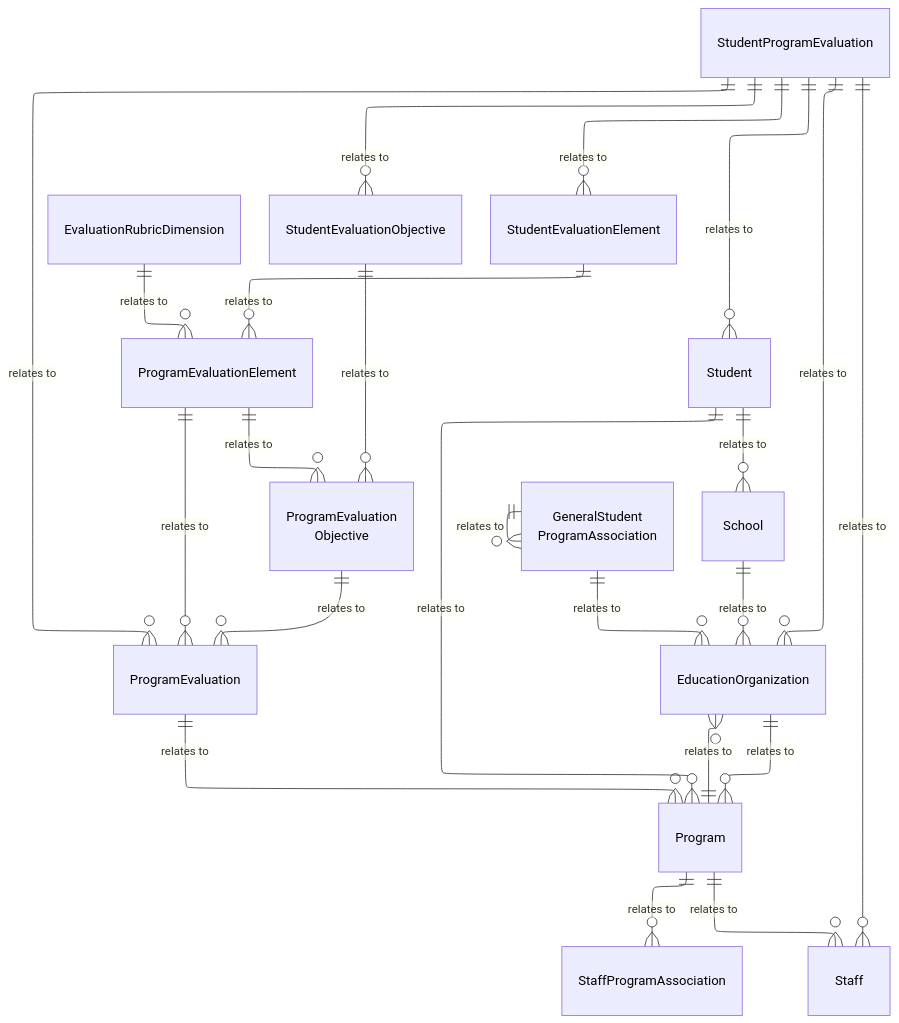
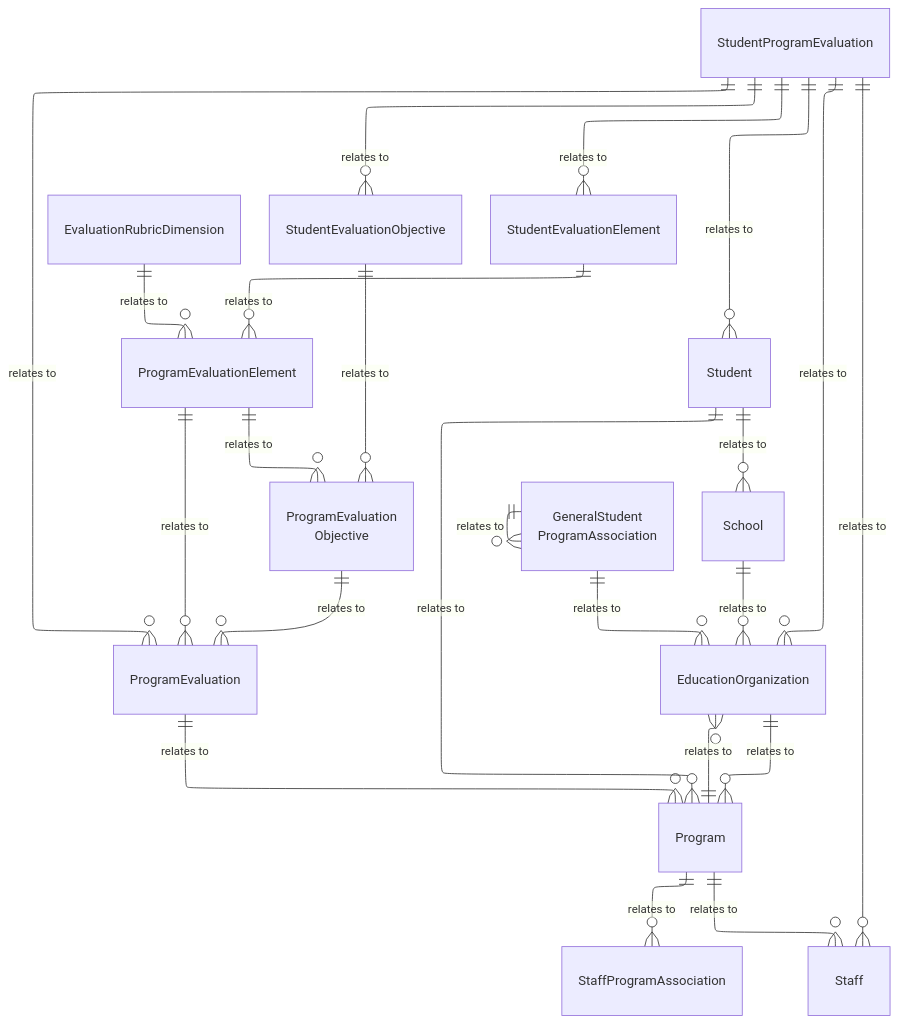
The diagram in dataStandard_versioned_docs/version-6/model-reference/student-program-evaluation-domain/model-diagrams.md (Ed-Fi-Alliance-OSS/ed-fi-alliance-oss.github.io), drawn with Mermaid before and after one commit. The commit also changed 24 other files, not shown here.

````diff
--- a/dataStandard_versioned_docs/version-6/model-reference/student-program-evaluation-domain/model-diagrams.md
+++ b/dataStandard_versioned_docs/version-6/model-reference/student-program-evaluation-domain/model-diagrams.md
@@ -16,71 +16,57 @@
 ```mermaid
 ---
 config:
   layout: elk
 ---
 erDiagram
     ProgramEvaluation {
     }
     ProgramEvaluationObjective["ProgramEvaluation<br/>Objective"] {
     }
     ProgramEvaluationElement {
     }
     EvaluationRubricDimension {
     }
     StudentProgramEvaluation {
     }
     StudentEvaluationObjective {
     }
     StudentEvaluationElement {
     }
     GeneralStudentProgramAssociation["GeneralStudent<br/>ProgramAssociation"] {
     }
     StaffProgramAssociation {
     }
     Program {
     }
     Student {
     }
     Staff {
     }
     EducationOrganization {
     }
     School {
     }
     ProgramEvaluation ||--o{ Program : "relates to"
     ProgramEvaluationObjective ||--o{ ProgramEvaluation : "relates to"
     ProgramEvaluationElement ||--o{ ProgramEvaluationObjective : "relates to"
     ProgramEvaluationElement ||--o{ ProgramEvaluation : "relates to"
     EvaluationRubricDimension ||--o{ ProgramEvaluationElement : "relates to"
     StudentProgramEvaluation ||--o{ Student : "relates to"
     StudentProgramEvaluation ||--o{ Staff : "relates to"
     StudentProgramEvaluation ||--o{ ProgramEvaluation : "relates to"
     StudentProgramEvaluation ||--o{ EducationOrganization : "relates to"
     StudentProgramEvaluation ||--o{ StudentEvaluationElement : "relates to"
     StudentProgramEvaluation ||--o{ StudentEvaluationObjective : "relates to"
     StudentEvaluationObjective ||--o{ ProgramEvaluationObjective : "relates to"
     StudentEvaluationElement ||--o{ ProgramEvaluationElement : "relates to"
     GeneralStudentProgramAssociation ||--o{ EducationOrganization : "relates to"
     GeneralStudentProgramAssociation ||--o{ GeneralStudentProgramAssociation : "relates to"
     Program ||--o{ EducationOrganization : "relates to"
     Program ||--o{ Staff : "relates to"
     Program ||--o{ StaffProgramAssociation : "relates to"
     EducationOrganization ||--o{ Program : "relates to"
     School ||--o{ EducationOrganization : "relates to"
     Student ||--o{ Program : "relates to"
     Student ||--o{ School : "relates to"
-    style ProgramEvaluation color:#000000
-    style ProgramEvaluationObjective color:#000000
-    style ProgramEvaluationElement color:#000000
-    style EvaluationRubricDimension color:#000000
-    style StudentProgramEvaluation color:#000000
-    style StudentEvaluationObjective color:#000000
-    style StudentEvaluationElement color:#000000
-    style GeneralStudentProgramAssociation color:#000000
-    style StaffProgramAssociation color:#000000
-    style Program color:#000000
-    style Student color:#000000
-    style Staff color:#000000
-    style EducationOrganization color:#000000
-    style School color:#000000
 ```
````
